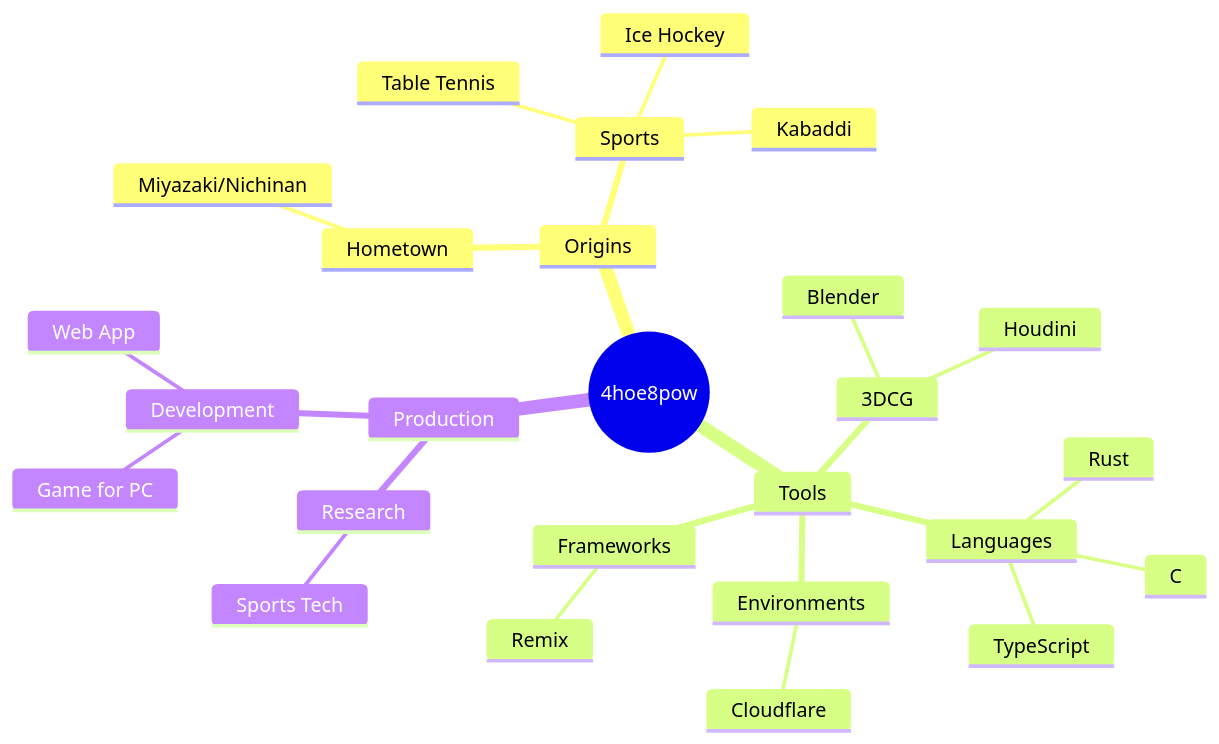
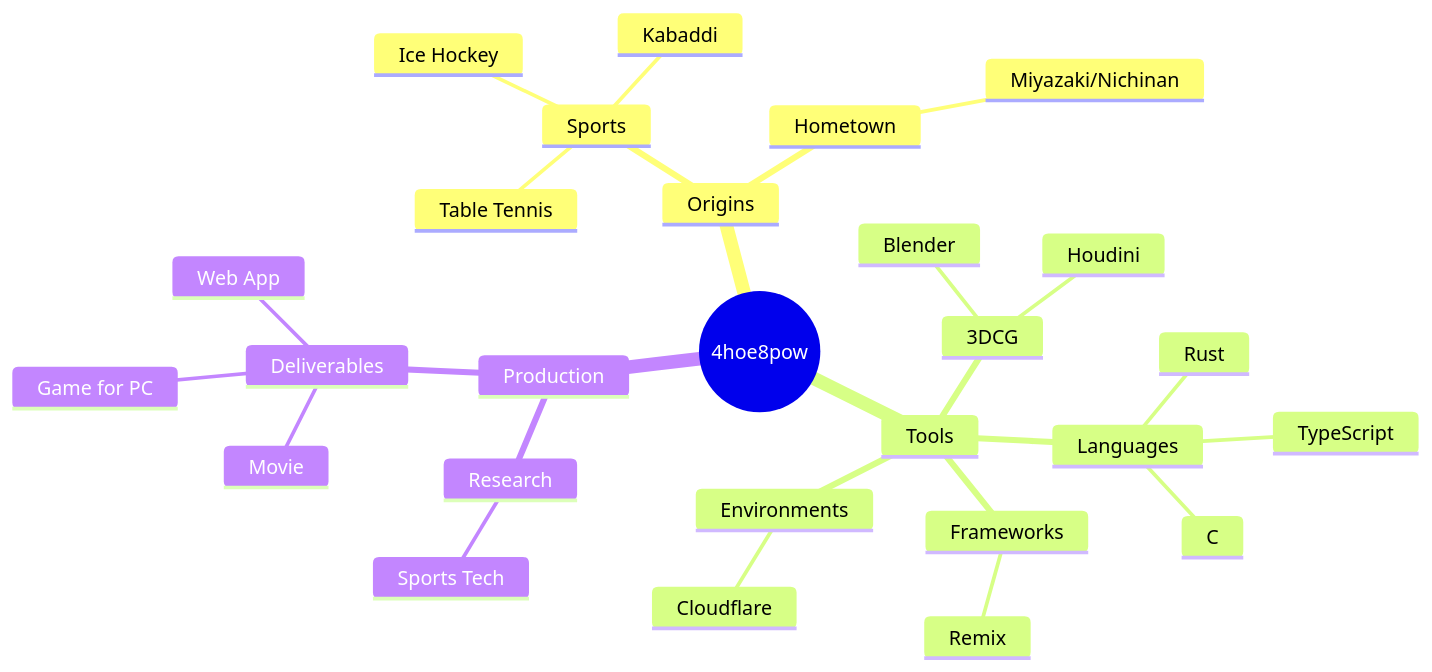
Before and after one commit to 4hoe8pow/4hoe8pow: the diagram in README.md, drawn with Mermaid.

````diff
--- a/README.md
+++ b/README.md
@@ -14,29 +14,30 @@
 ```mermaid
 mindmap
   root((4hoe8pow))
     Origins
       Sports
         Table Tennis
         Ice Hockey
         Kabaddi
       Hometown
         Miyazaki/Nichinan  
     Tools
       3DCG
         Blender
         Houdini
       Languages
         C
         Rust
         TypeScript
       Frameworks
         Remix
       Environments
         Cloudflare
     Production
       Research
         Sports Tech
-      Development
+      Deliverables
         Game for PC
         Web App
+        Movie
 ```
````
